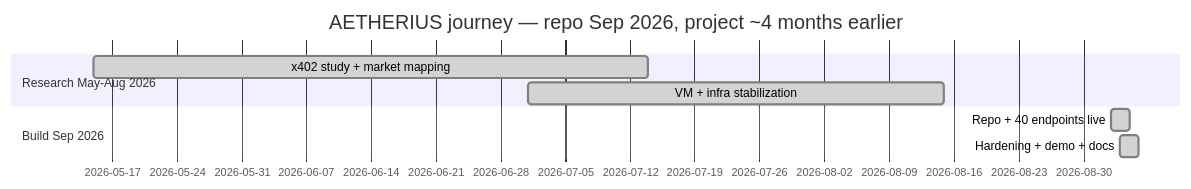
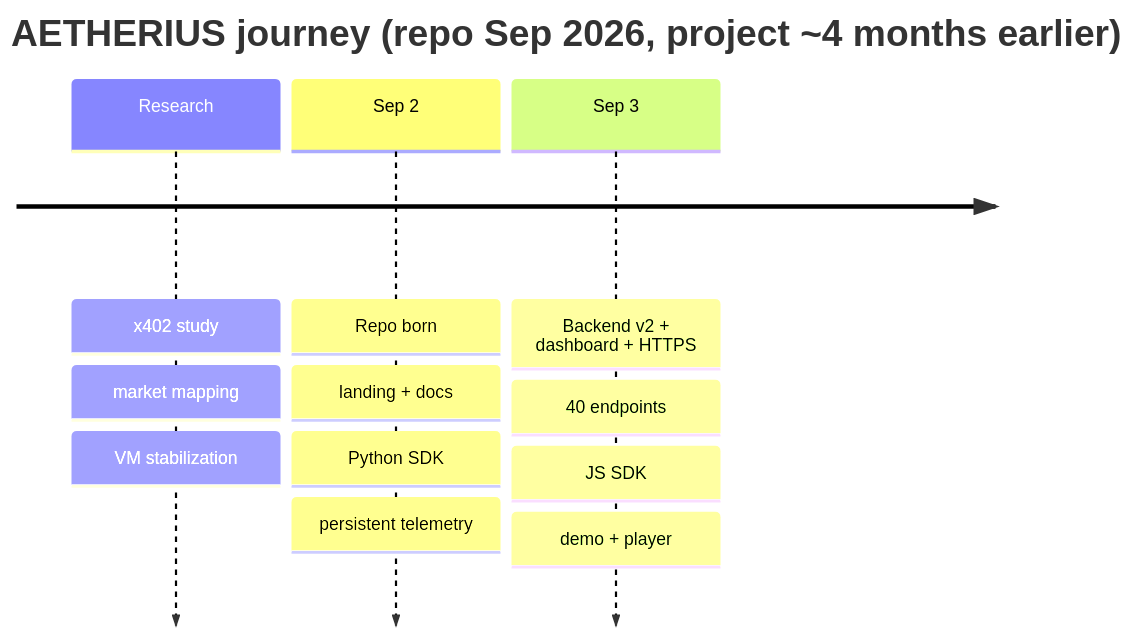
Before and after one commit to wilnowilx/aetheriusxapi: the diagram in README.md, drawn with Mermaid.

Commit message:
TIMELINE compact: native vertical timeline (ink 403s timeline type), no controls, fits viewport

````diff
--- a/README.md
+++ b/README.md
@@ -34,11 +34,7 @@
 ```mermaid
-gantt
-    title AETHERIUS journey — repo Sep 2026, project ~4 months earlier
-    dateFormat YYYY-MM-DD
-    section Research May-Aug 2026
-    x402 study + market mapping        :done, r1, 2026-05-15, 60d
-    VM + infra stabilization           :done, r2, 2026-07-01, 45d
-    section Build Sep 2026
-    Repo + 40 endpoints live           :done, b1, 2026-09-02, 2d
-    Hardening + demo + docs            :done, b2, 2026-09-03, 2d
+timeline
+    title AETHERIUS journey (repo Sep 2026, project ~4 months earlier)
+    Research : x402 study : market mapping : VM stabilization
+    Sep 2 : Repo born : landing + docs : Python SDK : persistent telemetry
+    Sep 3 : Backend v2 + dashboard + HTTPS : 40 endpoints : JS SDK : demo + player
 ```
````
